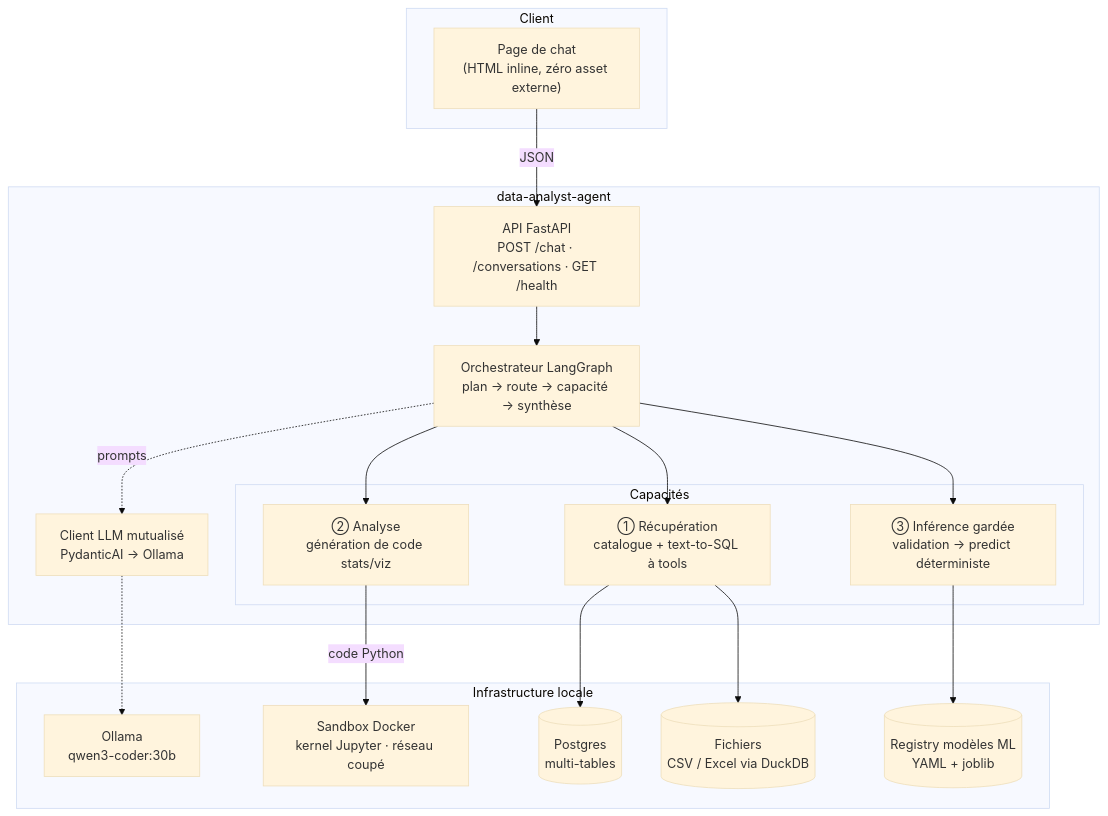
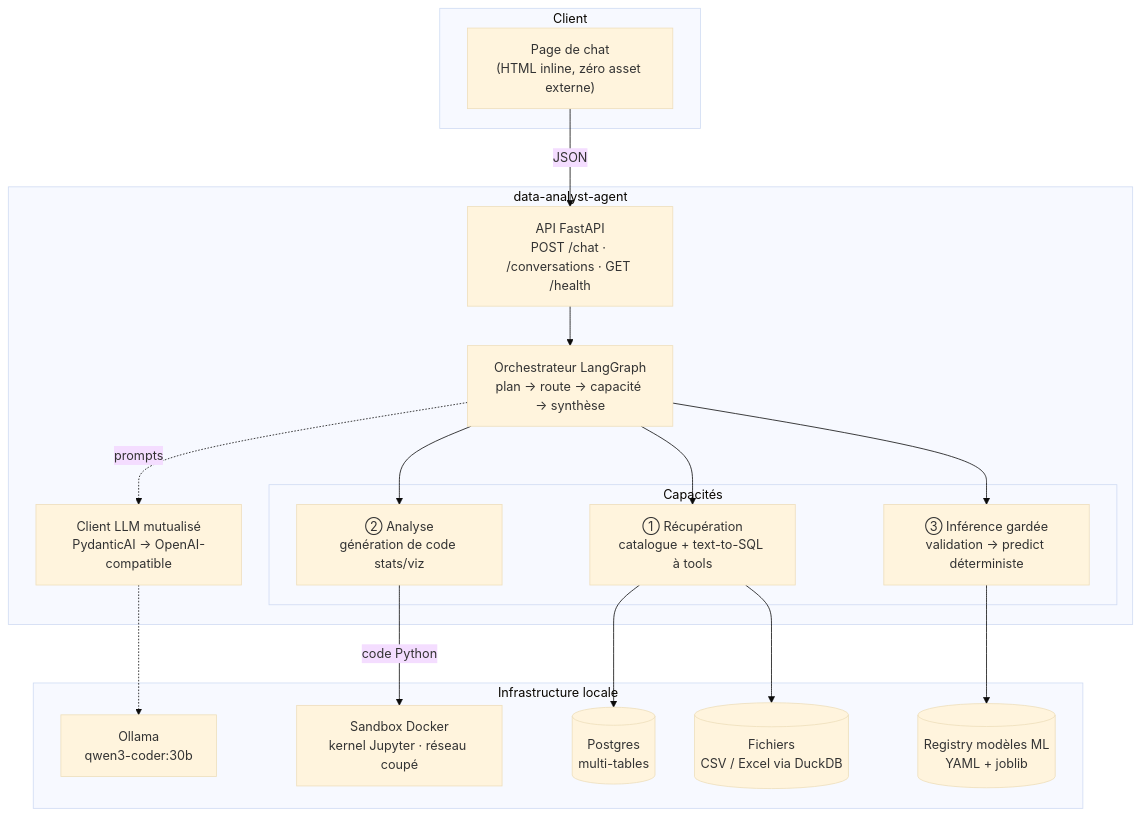
One commit to floSa/data-analyst-agent changed the first of 3 diagrams in docs/ARCHITECTURE.md. Above: the diagram before and after it, drawn with Mermaid (base theme). The commit also changed other lines of this file and 6 other files, not shown here.

````diff
--- a/docs/ARCHITECTURE.md
+++ b/docs/ARCHITECTURE.md
@@ -23,33 +23,33 @@
 ```mermaid
 flowchart TB
     subgraph client["Client"]
         UI["Page de chat<br/>(HTML inline, zéro asset externe)"]
     end
 
     subgraph app["data-analyst-agent"]
         API["API FastAPI<br/>POST /chat · /conversations · GET /health"]
         ORCH["Orchestrateur LangGraph<br/>plan → route → capacité → synthèse"]
-        LLM["Client LLM mutualisé<br/>PydanticAI → Ollama"]
+        LLM["Client LLM mutualisé<br/>PydanticAI → OpenAI-compatible"]
 
         subgraph caps["Capacités"]
             RET["① Récupération<br/>catalogue + text-to-SQL à tools"]
             ANA["② Analyse<br/>génération de code stats/viz"]
             INF["③ Inférence gardée<br/>validation → predict déterministe"]
         end
     end
 
     subgraph infra["Infrastructure locale"]
         OLLAMA["Ollama<br/>qwen3-coder:30b"]
         SBX["Sandbox Docker<br/>kernel Jupyter · réseau coupé"]
         PG[("Postgres<br/>multi-tables")]
         FILES[("Fichiers<br/>CSV / Excel via DuckDB")]
         REG[("Registry modèles ML<br/>YAML + joblib")]
     end
 
     UI -->|JSON| API --> ORCH
     ORCH --> RET & ANA & INF
     ORCH -.->|prompts| LLM -.-> OLLAMA
     RET --> PG & FILES
     ANA -->|code Python| SBX
     INF --> REG
 ```
````
